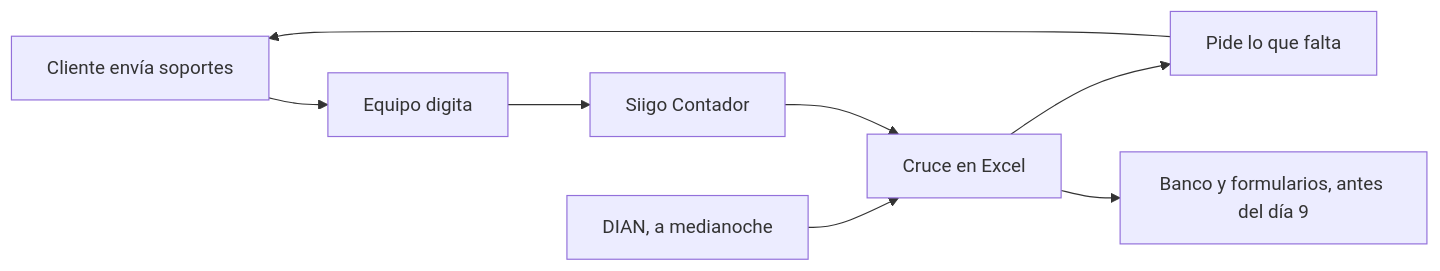
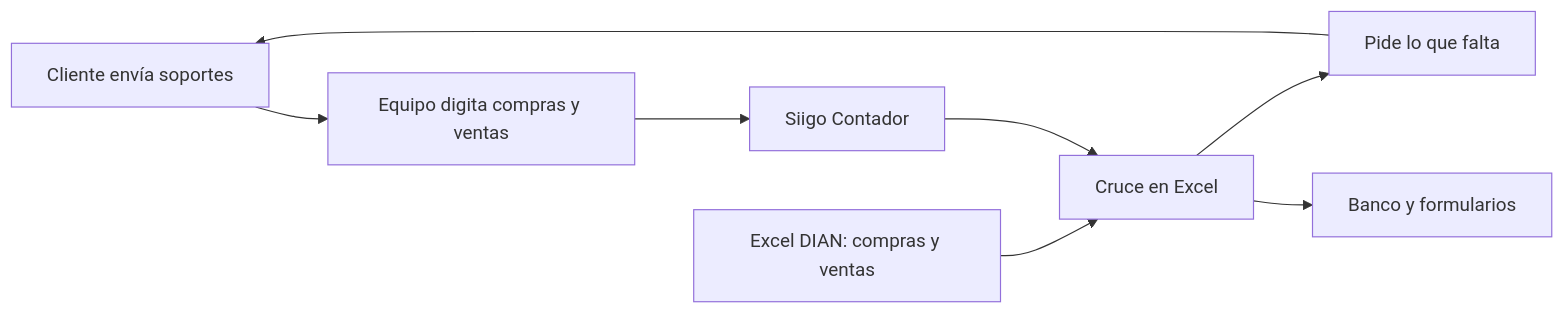
The first of 2 diagrams in para_meliza.md (Webby-COL/meliza-cierre-mensual), drawn with Mermaid before and after one commit. The commit also changed other lines of this file and 1 other file, not shown here.

Commit message:
Publica la página HTML del cierre mensual para abrirla en cualquier navegador.

````diff
--- a/para_meliza.md
+++ b/para_meliza.md
@@ -15,10 +15,10 @@
 ```mermaid
 flowchart LR
-    A["Cliente envía soportes"] --> B["Equipo digita"]
+    A["Cliente envía soportes"] --> B["Equipo digita compras y ventas"]
     B --> C["Siigo Contador"]
-    D["DIAN, a medianoche"] --> E["Cruce en Excel"]
+    D["Excel DIAN: compras y ventas"] --> E["Cruce en Excel"]
     C --> E
     E --> F["Pide lo que falta"]
     F --> A
-    E --> G["Banco y formularios, antes del día 9"]
+    E --> G["Banco y formularios"]
 ```
````
